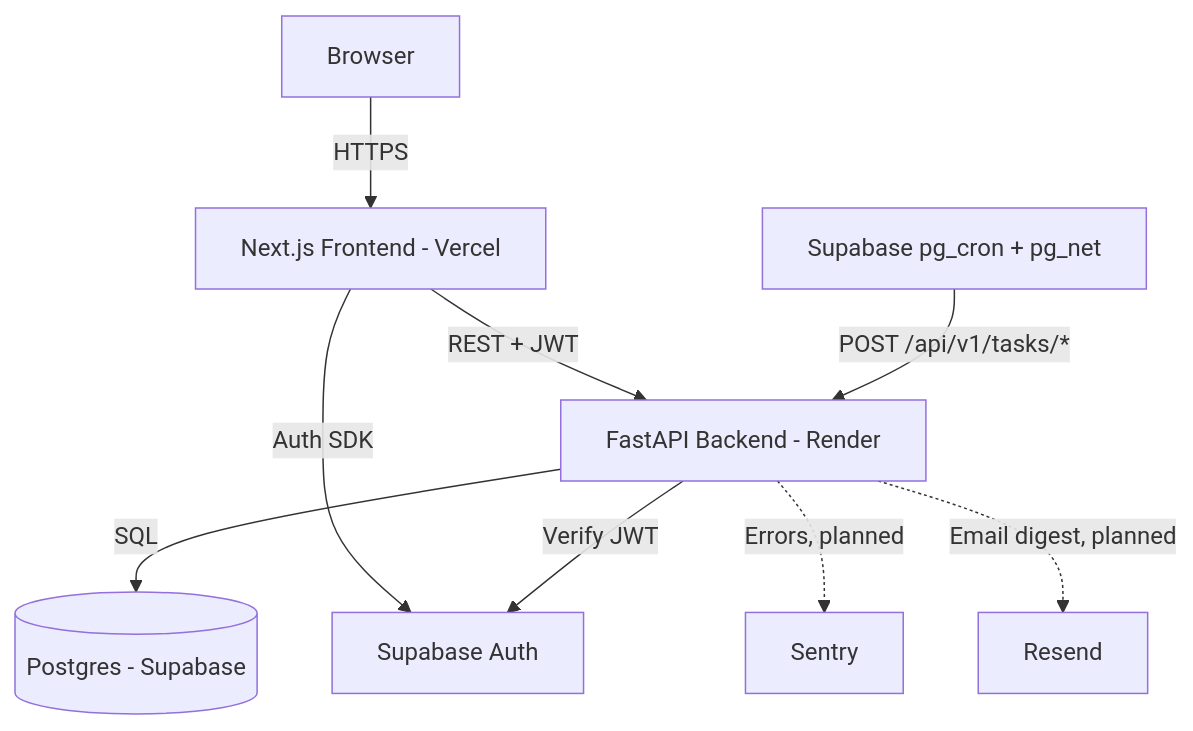
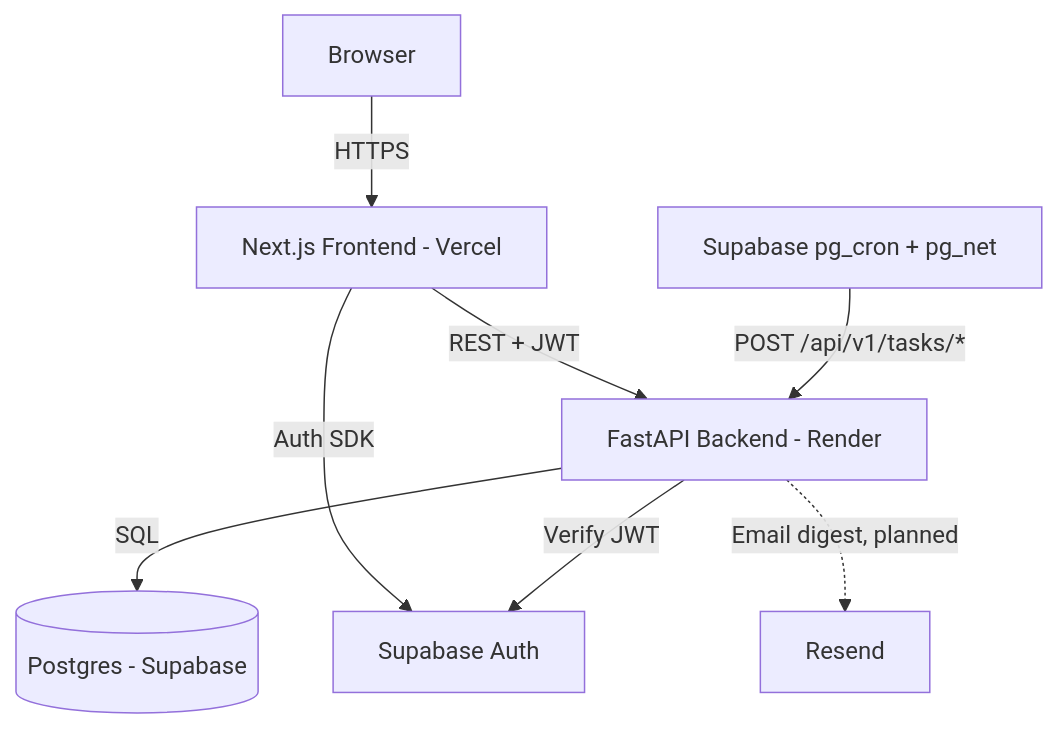
The first of 2 diagrams in DeveloperGuide.md (tuanduong18/ultimate-tracker), drawn with Mermaid before and after one commit. The commit also changed other lines of this file and 9 other files, not shown here.

````diff
--- a/DeveloperGuide.md
+++ b/DeveloperGuide.md
@@ -29,11 +29,10 @@
 ```mermaid
 graph TD
     A[Browser] -->|HTTPS| B[Next.js Frontend - Vercel]
     B -->|REST + JWT| C[FastAPI Backend - Render]
     C -->|SQL| D[(Postgres - Supabase)]
     B -->|Auth SDK| E[Supabase Auth]
     C -->|Verify JWT| E
     F[Supabase pg_cron + pg_net] -->|POST /api/v1/tasks/*| C
-    C -.->|Errors, planned| G[Sentry]
     C -.->|Email digest, planned| H[Resend]
 ```
````
